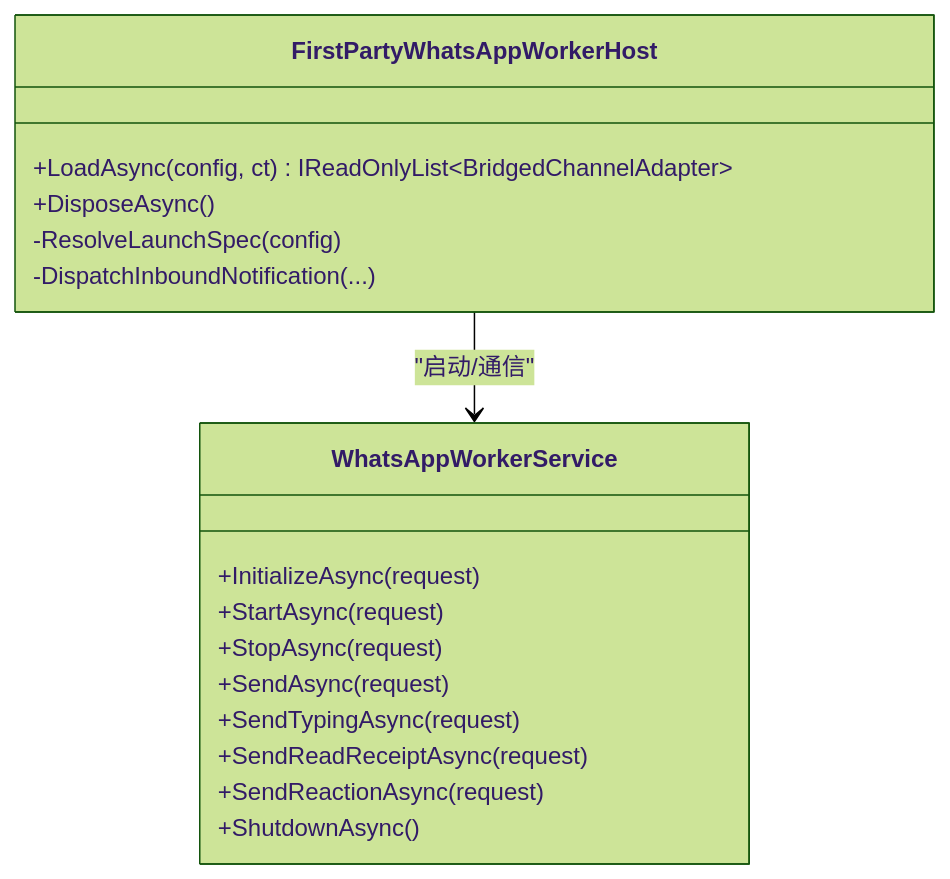
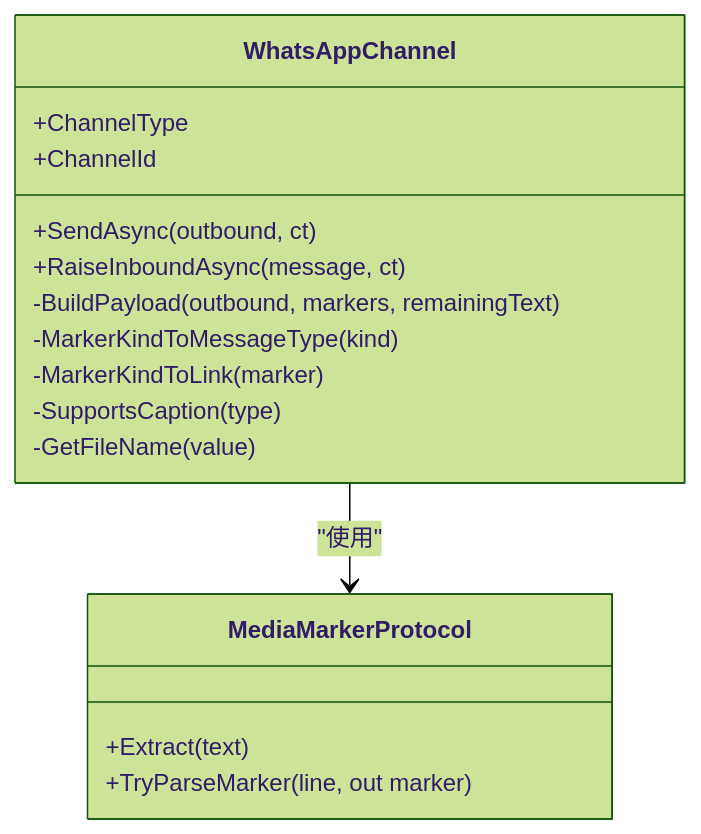
Before and after one commit to wayyet/kingcrab: the third of 8 diagrams in .qoder/repowiki/zh/content/通信渠道/WhatsApp 集成.md, drawn with Mermaid (forest theme). The commit also changed other lines of this file and 431 other files, not shown here.

````diff
--- a/.qoder/repowiki/zh/content/通信渠道/WhatsApp 集成.md
+++ b/.qoder/repowiki/zh/content/通信渠道/WhatsApp 集成.md
@@ -288,20 +159,19 @@
 ```mermaid
 classDiagram
-class FirstPartyWhatsAppWorkerHost {
-+LoadAsync(config, ct) IReadOnlyList~BridgedChannelAdapter~
-+DisposeAsync()
--ResolveLaunchSpec(config)
--DispatchInboundNotification(...)
+class WhatsAppChannel {
++ChannelType
++ChannelId
++SendAsync(outbound, ct)
++RaiseInboundAsync(message, ct)
+-BuildPayload(outbound, markers, remainingText)
+-MarkerKindToMessageType(kind)
+-MarkerKindToLink(marker)
+-SupportsCaption(type)
+-GetFileName(value)
 }
-class WhatsAppWorkerService {
-+InitializeAsync(request)
-+StartAsync(request)
-+StopAsync(request)
-+SendAsync(request)
-+SendTypingAsync(request)
-+SendReadReceiptAsync(request)
-+SendReactionAsync(request)
-+ShutdownAsync()
+class MediaMarkerProtocol {
++Extract(text)
++TryParseMarker(line, out marker)
 }
-FirstPartyWhatsAppWorkerHost --> WhatsAppWorkerService : "启动/通信"
+WhatsAppChannel --> MediaMarkerProtocol : "使用"
 ```
````
